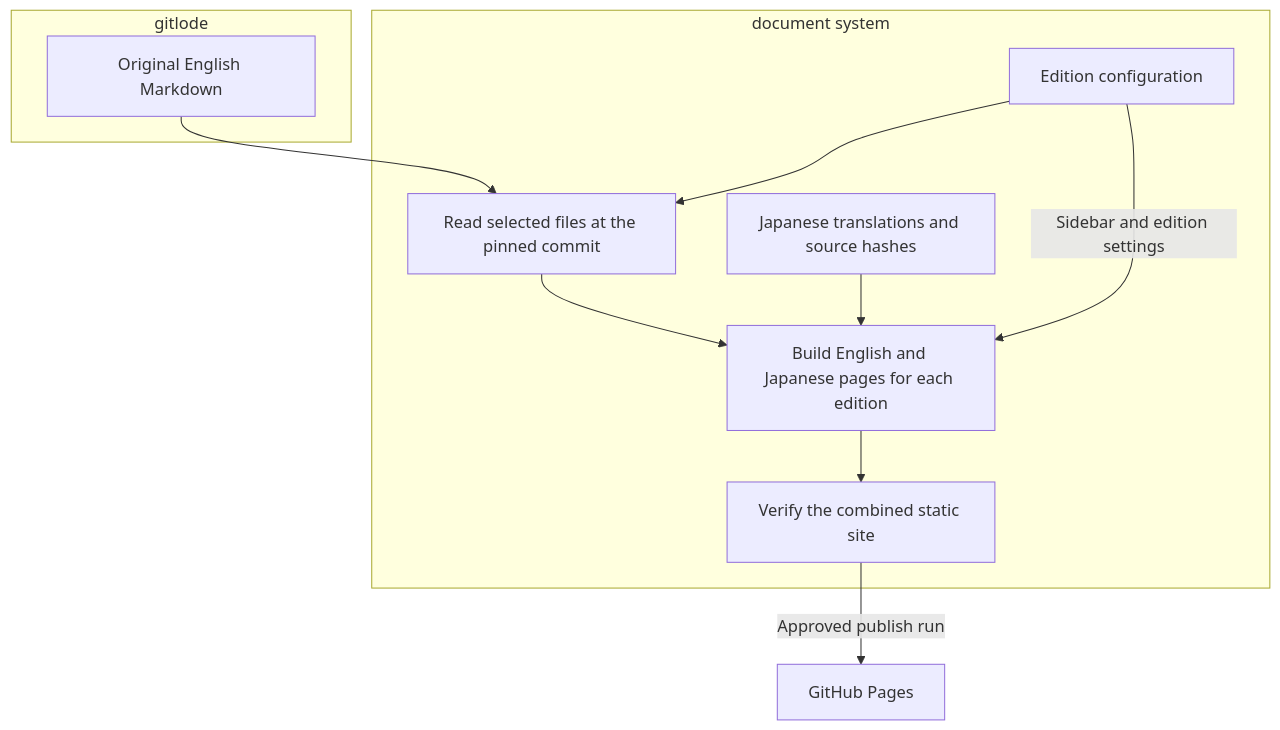
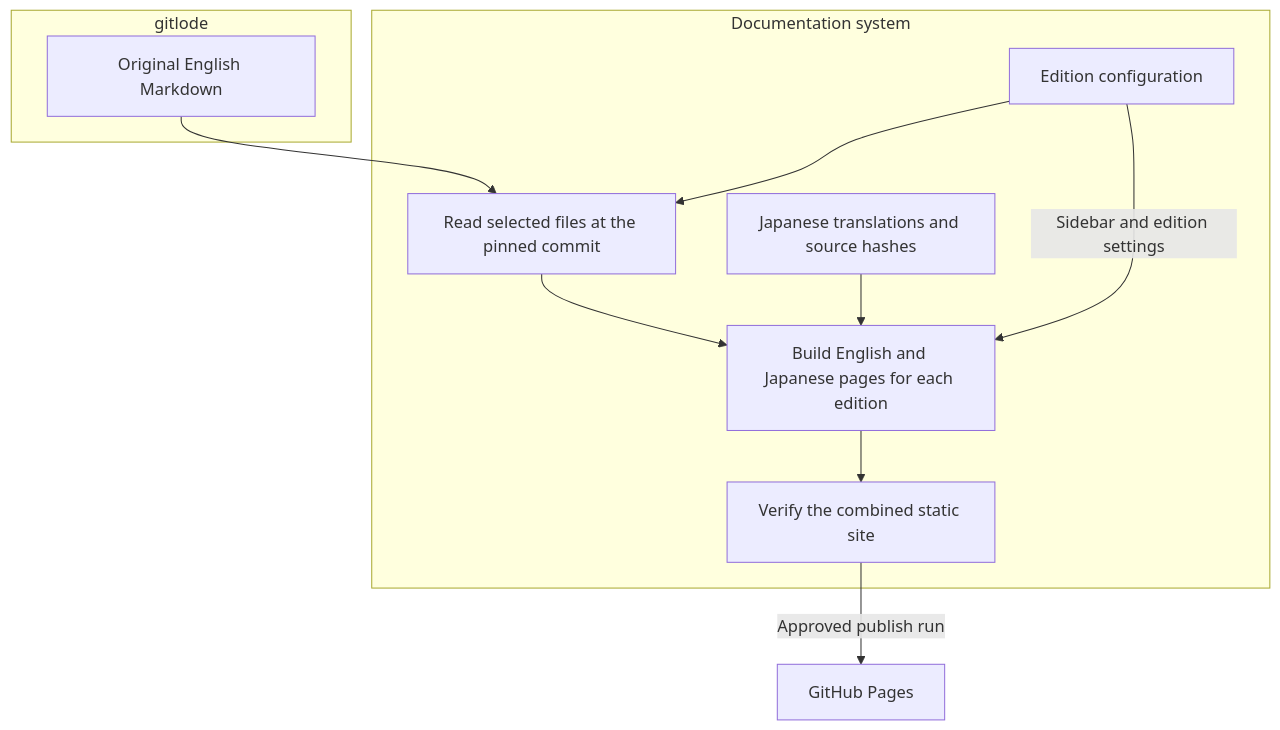
Before and after one commit to gitlode/docs: the diagram in docs/overview.md, drawn with Mermaid. The commit also changed other lines of this file and 8 other files, not shown here.

````diff
--- a/docs/overview.md
+++ b/docs/overview.md
@@ -11,22 +11,22 @@
 ```mermaid
 flowchart TD
     subgraph gitlode
         upstream["Original English Markdown"]
     end
 
-    subgraph doc["document system"]
+    subgraph doc["Documentation system"]
         stage["Read selected files at the pinned commit"]
         config["Edition configuration"]
         build["Build English and Japanese pages for each edition"]
         translations["Japanese translations and source hashes"]
         verify["Verify the combined static site"]
     end
 
     upstream --> stage
     config --> stage
     stage --> build
     translations --> build
     config -->|Sidebar and edition settings| build
     build --> verify
     verify -->|Approved publish run| pages["GitHub Pages"]
 ```
````
